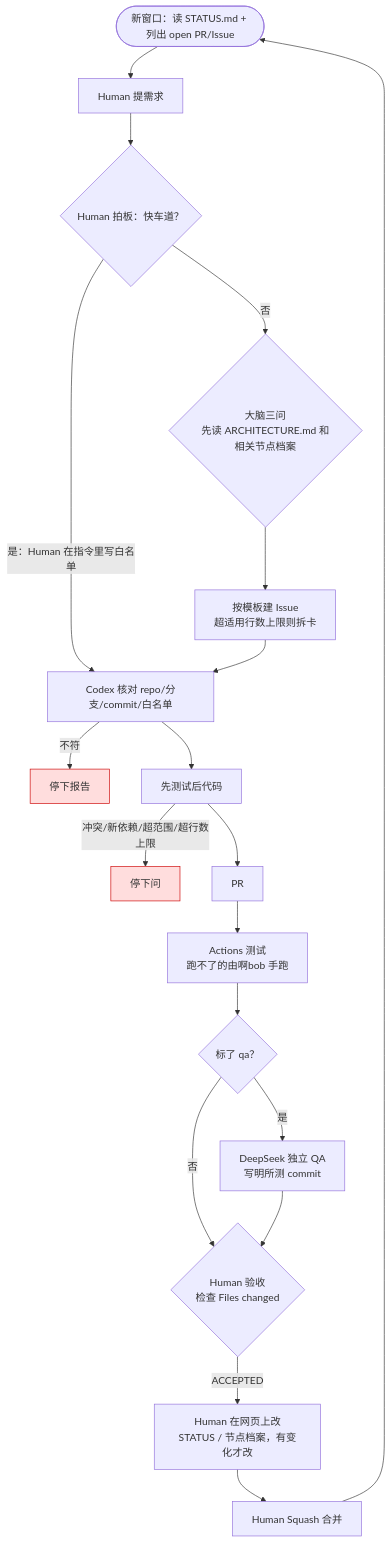
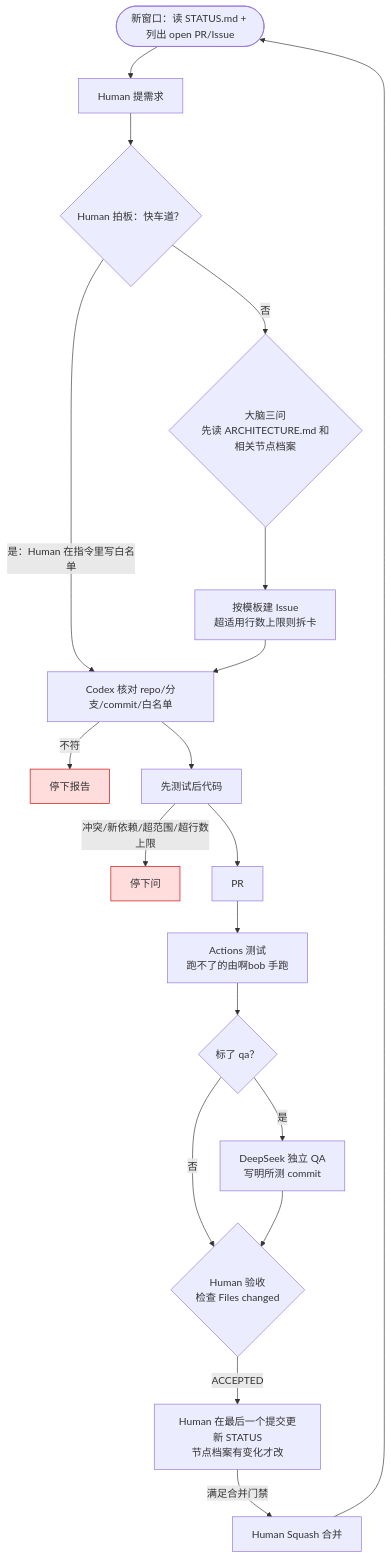
Before and after one commit to zwmhua/Solo-Flow: the diagram in WORKFLOW.md, drawn with Mermaid. The commit also changed other lines of this file, not shown here.

````diff
--- a/WORKFLOW.md
+++ b/WORKFLOW.md
@@ -46,24 +46,24 @@
 ```mermaid
 flowchart TD
     S([新窗口：读 STATUS.md + 列出 open PR/Issue]) --> A[Human 提需求]
     A --> FAST{Human 拍板：快车道？}
     FAST -->|是：Human 在指令里写白名单| G
     FAST -->|否| B{大脑三问<br>先读 ARCHITECTURE.md 和相关节点档案}
     B --> E[按模板建 Issue<br>超适用行数上限则拆卡]
     E --> G[Codex 核对 repo/分支/commit/白名单]
     G -->|不符| X1[停下报告]
     G --> H[先测试后代码]
     H -->|冲突/新依赖/超范围/超行数上限| X2[停下问]
     H --> P[PR]
     P --> T[Actions 测试<br>跑不了的由啊bob 手跑]
     T --> Q{标了 qa？}
     Q -->|否| V
     Q -->|是| L[DeepSeek 独立 QA<br>写明所测 commit]
     L --> V{Human 验收<br>检查 Files changed}
-    V -->|ACCEPTED| W[Human 在网页上改<br>STATUS / 节点档案，有变化才改]
-    W --> M[Human Squash 合并]
+    V -->|ACCEPTED| W[Human 在最后一个提交更新 STATUS<br>节点档案有变化才改]
+    W -->|满足合并门禁| M[Human Squash 合并]
     M --> S
 
     classDef stop fill:#fdd,stroke:#c00
     class X1,X2 stop
 ```
````
